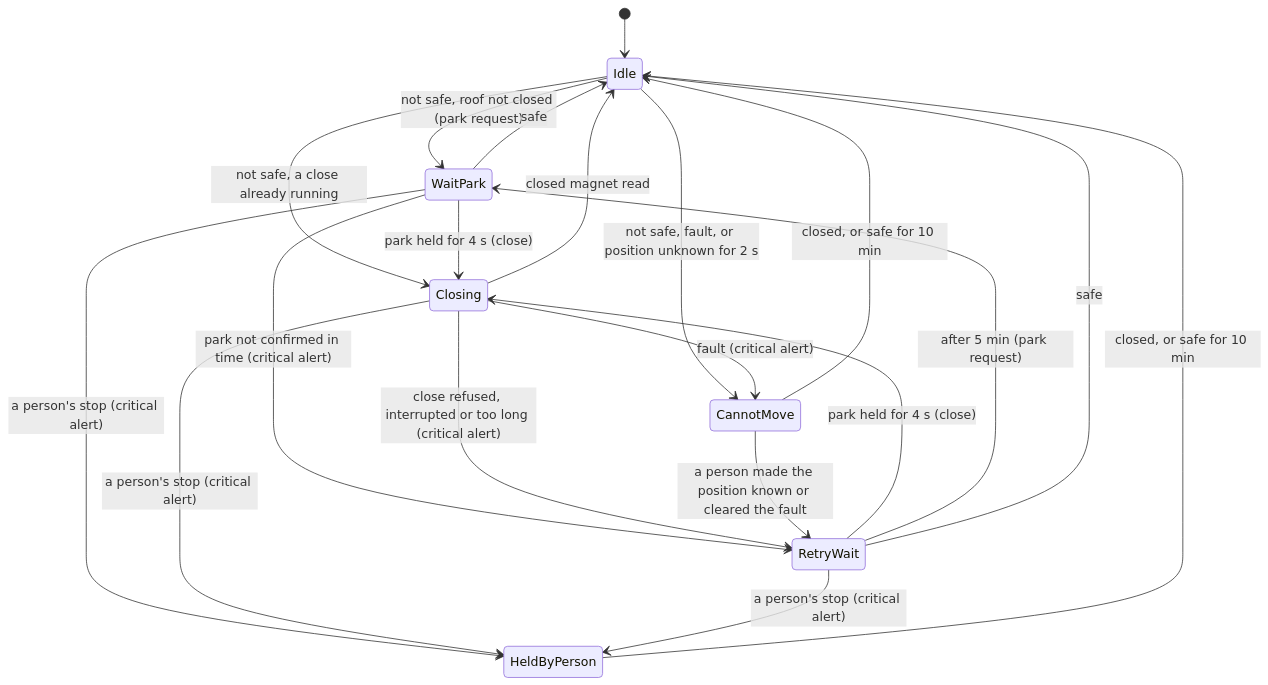
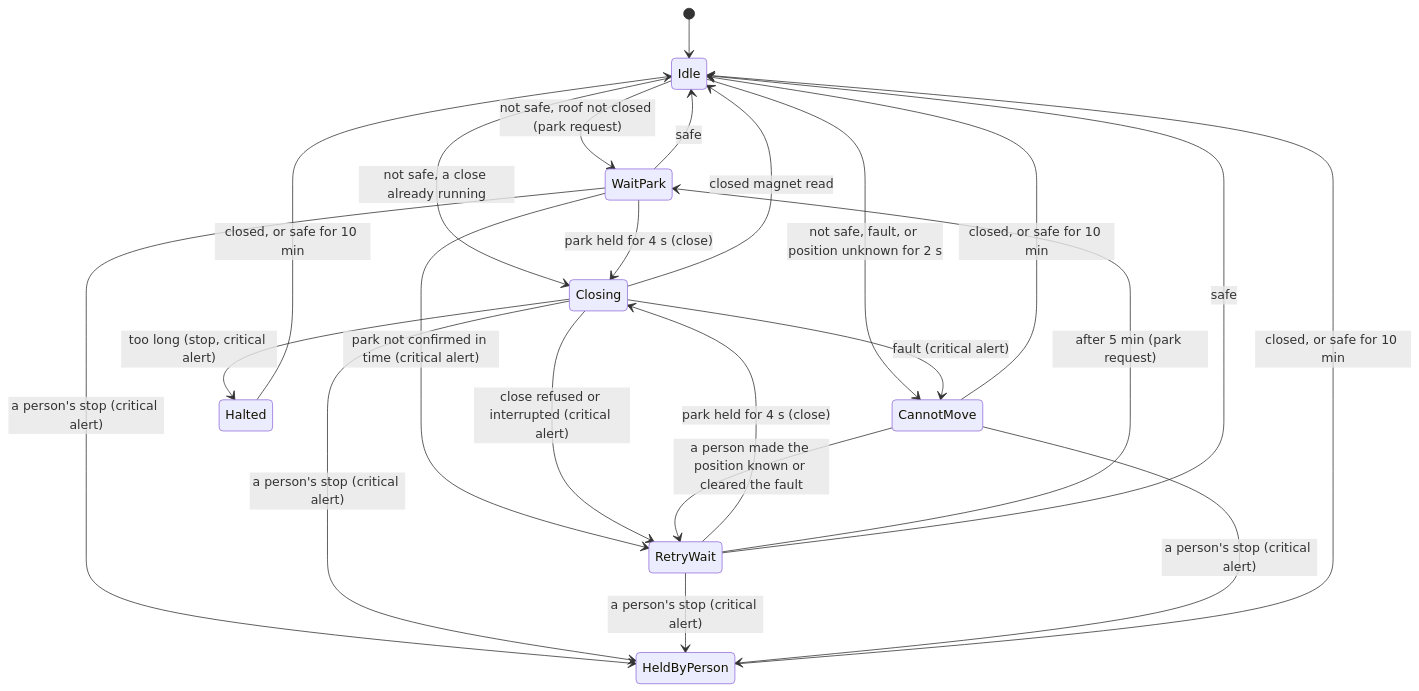
Before and after one commit to DeanJ87/RoofRoof: the diagram in docs/user-guide/close-on-unsafe.md, drawn with Mermaid. The commit also changed other lines of this file and 19 other files, not shown here.

````diff
--- a/docs/user-guide/close-on-unsafe.md
+++ b/docs/user-guide/close-on-unsafe.md
@@ -32,24 +32,27 @@
 ```mermaid
 stateDiagram-v2
     accTitle: The close on unsafe weather
-    accDescr: From idle, an unsafe verdict with the roof not closed starts an attempt that asks N.I.N.A. to park; a roof already closing is only watched. When the park has held for 4 s the roof is closed. Reaching the closed magnet ends the sequence. A park not confirmed in time, a refused, interrupted or too-long close leads to a five-minute wait, during which a confirmed park still closes the roof, then a new attempt. A fault, or a position unknown for 2 s, stands the sequence down until a person acts. A person's stop stands it down until the roof is closed or it has been safe for 10 minutes. A safe verdict before the close ends the sequence; a close already commanded runs to the end.
+    accDescr: From idle, an unsafe verdict with the roof not closed starts an attempt that asks N.I.N.A. to park; a roof already closing is only watched. When the park has held for 4 s the roof is closed. Reaching the closed magnet ends the sequence. A park not confirmed in time, a refused, interrupted or too-long close leads to a five-minute wait, during which a confirmed park still closes the roof, then a new attempt. A fault, or a position unknown for 2 s, stands the sequence down until a person acts. A close that outlasts its guard is stopped and the sequence halts. A person's stop (also while it can't move) stands it down; halted and stood-down sequences end when the roof is closed or it has been safe for 10 minutes. A safe verdict before the close ends the sequence; a close already commanded runs to the end.
     [*] --> Idle
     Idle --> WaitPark: not safe, roof not closed (park request)
     Idle --> Closing: not safe, a close already running
     Idle --> CannotMove: not safe, fault, or position unknown for 2 s
     WaitPark --> Closing: park held for 4 s (close)
     WaitPark --> RetryWait: park not confirmed in time (critical alert)
     WaitPark --> Idle: safe
     RetryWait --> Closing: park held for 4 s (close)
     RetryWait --> WaitPark: after 5 min (park request)
     RetryWait --> Idle: safe
     Closing --> Idle: closed magnet read
-    Closing --> RetryWait: close refused, interrupted or too long (critical alert)
+    Closing --> RetryWait: close refused or interrupted (critical alert)
+    Closing --> Halted: too long (stop, critical alert)
     Closing --> CannotMove: fault (critical alert)
     WaitPark --> HeldByPerson: a person's stop (critical alert)
     Closing --> HeldByPerson: a person's stop (critical alert)
     RetryWait --> HeldByPerson: a person's stop (critical alert)
     CannotMove --> RetryWait: a person made the position known or cleared the fault
+    CannotMove --> HeldByPerson: a person's stop (critical alert)
     CannotMove --> Idle: closed, or safe for 10 min
     HeldByPerson --> Idle: closed, or safe for 10 min
+    Halted --> Idle: closed, or safe for 10 min
 ```
````
